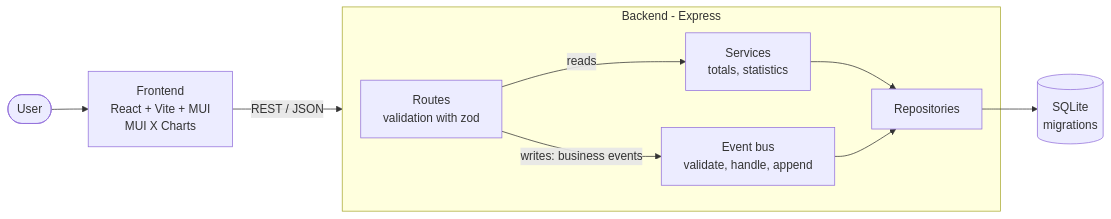
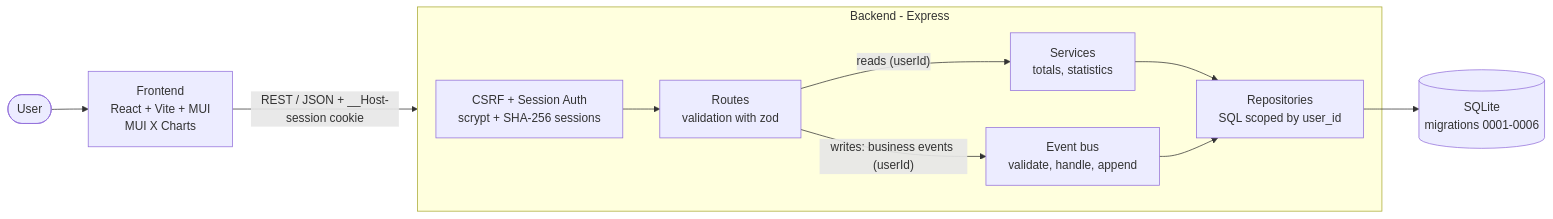
One commit to heldertheking/expensetracker changed the diagram in docs/architecture.md. Above: the diagram before and after it, drawn with Mermaid. The commit also changed other lines of this file and 35 other files, not shown here.

Commit message:
Add multi-user session authentication, SQL user ownership and IDOR tests

````diff
--- a/docs/architecture.md
+++ b/docs/architecture.md
@@ -3,14 +3,15 @@
 ```mermaid
 flowchart LR
     User([User]) --> FE[Frontend<br/>React + Vite + MUI<br/>MUI X Charts]
-    FE -- REST / JSON --> BE
+    FE -- REST / JSON + __Host-session cookie --> BE
 
     subgraph BE[Backend - Express]
-        R[Routes<br/>validation with zod] -- reads --> S[Services<br/>totals, statistics]
-        R -- writes: business events --> E[Event bus<br/>validate, handle, append]
-        S --> Repo[Repositories]
+        Auth[CSRF + Session Auth<br/>scrypt + SHA-256 sessions] --> R[Routes<br/>validation with zod]
+        R -- reads (userId) --> S[Services<br/>totals, statistics]
+        R -- writes: business events (userId) --> E[Event bus<br/>validate, handle, append]
+        S --> Repo[Repositories<br/>SQL scoped by user_id]
         E --> Repo
     end
 
-    Repo --> DB[(SQLite<br/>migrations)]
+    Repo --> DB[(SQLite<br/>migrations 0001-0006)]
 ```
````
